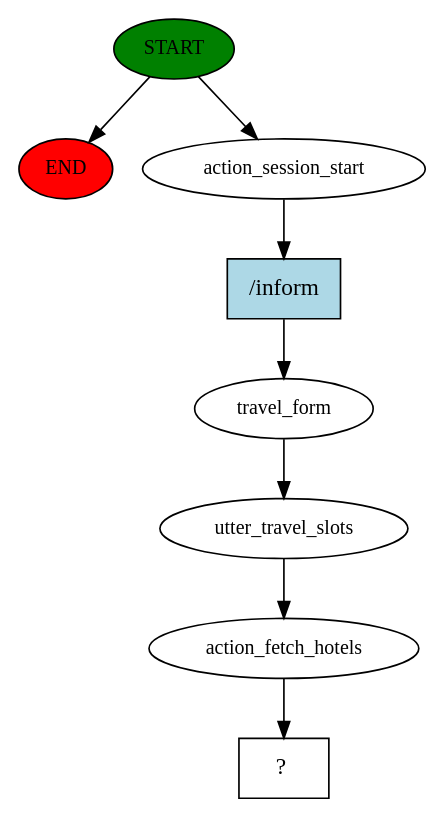
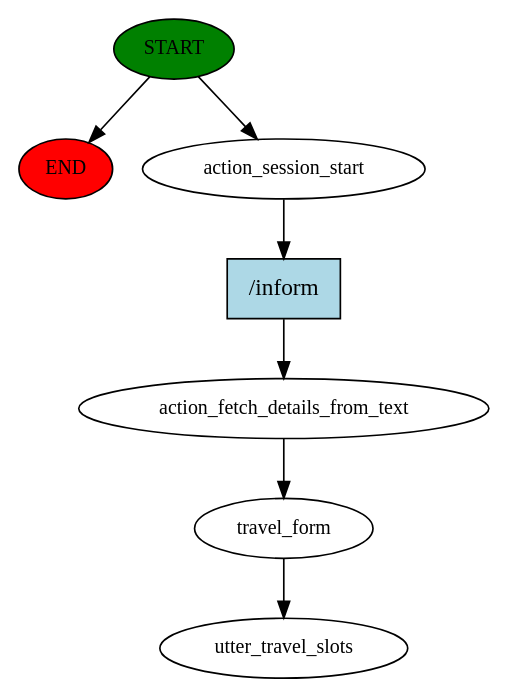
Before and after one commit to BrownMunda1/tbo-travel-chatbot: the diagram in chatbot-backend/story_graph.dot, drawn with Graphviz. The commit also changed 100 other files, not shown here.

```diff
--- a/chatbot-backend/story_graph.dot
+++ b/chatbot-backend/story_graph.dot
@@ -1,17 +1,15 @@
 digraph  {
 0 [class="start active", fillcolor=green, fontsize=12, label=START, style=filled];
 "-1" [class=end, fillcolor=red, fontsize=12, label=END, style=filled];
 1 [class=active, fontsize=12, label=action_session_start];
-2 [class=active, fontsize=12, label=travel_form];
-3 [class=active, fontsize=12, label=utter_travel_slots];
-4 [class=active, fontsize=12, label=action_fetch_hotels];
-5 [class="intent dashed active", label="  ?  ", shape=rect];
-6 [class="intent active", fillcolor=lightblue, label="/inform", shape=rect, style=filled];
+2 [class=active, fontsize=12, label=action_fetch_details_from_text];
+3 [class=active, fontsize=12, label=travel_form];
+4 [class="dashed active", fontsize=12, label=utter_travel_slots];
+5 [class="intent active", fillcolor=lightblue, label="/inform", shape=rect, style=filled];
 0 -> "-1"  [class="", key=NONE, label=""];
 0 -> 1  [class=active, key=NONE, label=""];
-1 -> 6  [class=active, key=0];
+1 -> 5  [class=active, key=0];
 2 -> 3  [class=active, key=NONE, label=""];
 3 -> 4  [class=active, key=NONE, label=""];
-4 -> 5  [class=active, key=NONE, label=""];
-6 -> 2  [class=active, key=0];
+5 -> 2  [class=active, key=0];
 }
```
